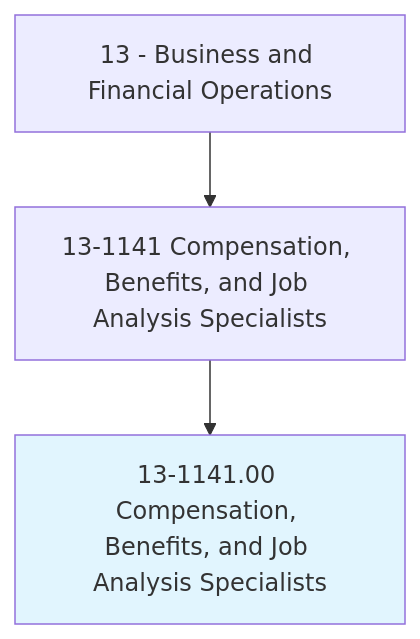
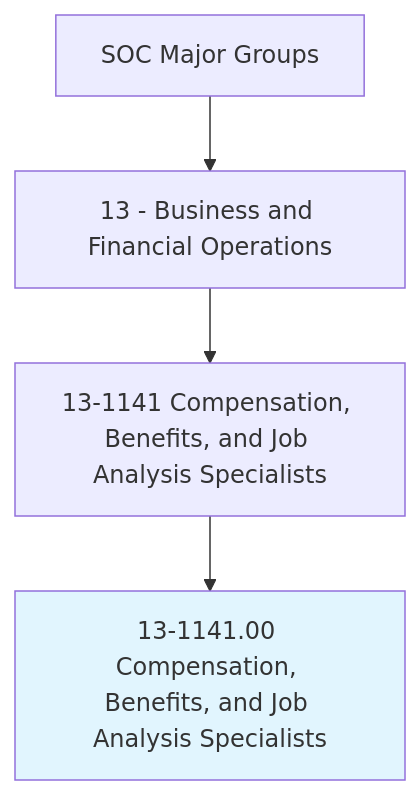
The first of 4 diagrams in occupations/Business/CompensationBenefitsAndJobAnalysisSpecialists.mdx (kziemski/business.org.ai), drawn with Mermaid before and after one commit. The commit also changed other lines of this file and 938 other files, not shown here.

````diff
--- a/occupations/Business/CompensationBenefitsAndJobAnalysisSpecialists.mdx
+++ b/occupations/Business/CompensationBenefitsAndJobAnalysisSpecialists.mdx
@@ -19,6 +25,7 @@
 ```mermaid
 graph TD
-    Cat13["13 - Business and Financial Operations"] --> Group131141["13-1141 Compensation, Benefits, and Job Analysis Specialists"]
-    Group131141 --> Current["13-1141.00 Compensation, Benefits, and Job Analysis Specialists"]
+    SOC["SOC Major Groups"] --> Cat13["13 - Business and Financial Operations"]
+    Cat13 --> G131141["13-1141 Compensation, Benefits, and Job Analysis Specialists"]
+    G131141 --> Current["13-1141.00 Compensation, Benefits, and Job Analysis Specialists"]
     style Current fill:#e1f5fe
 ```
````
